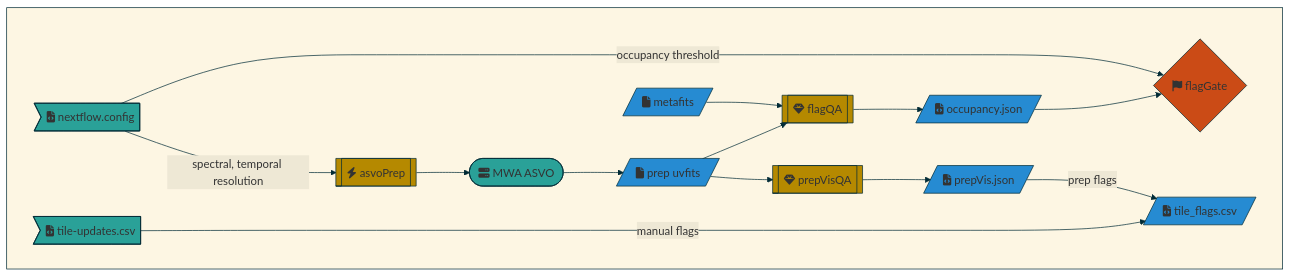
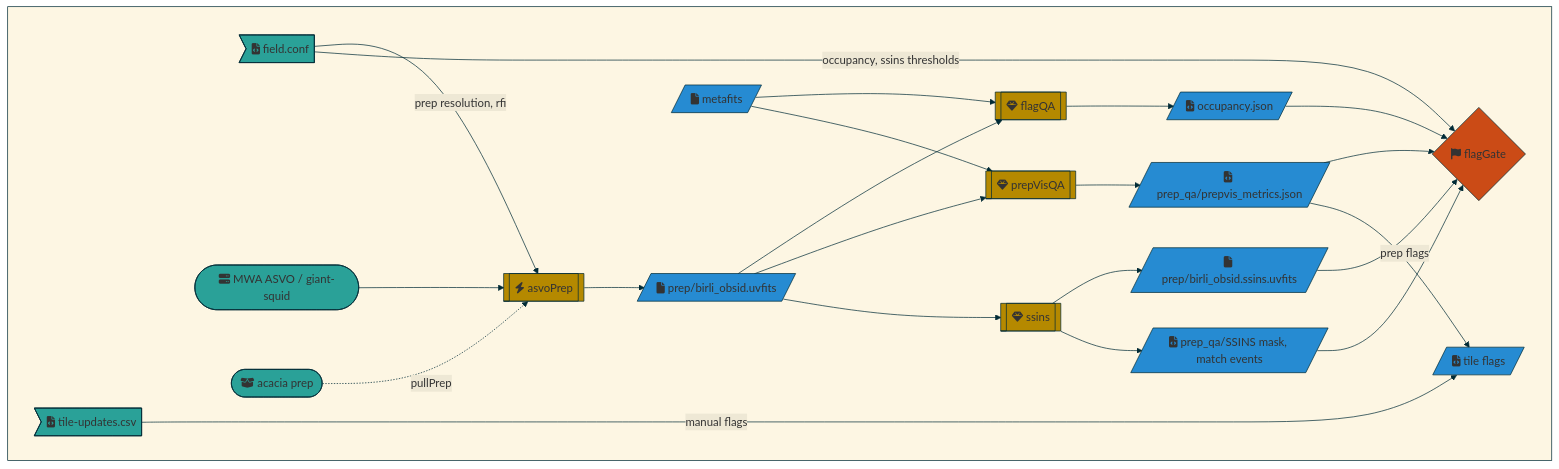
One commit to MWATelescope/MWAEoR-Pipeline changed the second of 6 diagrams in README.md. Above: the diagram before and after it, drawn with Mermaid. The commit also changed other lines of this file and 2 other files, not shown here.

````diff
--- a/README.md
+++ b/README.md
@@ -41,32 +52,38 @@
 ```mermaid
 %%{init:{'theme':'base','themeVariables':{'primaryBorderColor':'#002b36','secondaryColor':'#eee8d5','tertiaryColor':'#fdf6e3','tertiaryBorderColor':'#002b36','lineColor':'#002b36','textColor':'#002b36'}}}%%
 graph TD;
   classDef in fill:#2aa198;
   classDef out fill:#d33682;
   classDef file fill:#268bd2;
   classDef proc fill:#b58900;
   classDef decision fill:#cb4b16;
 
   subgraph " "
-    nfConfig --"spectral, temporal resolution"--> asvoPrep
-    asvoPrep --> asvo --> prepUVFits;
+    nfConfig --"prep resolution, rfi"--> asvoPrep
+    asvo --> asvoPrep --> prepUVFits;
+    acaciaPrep -."pullPrep".-> asvoPrep
     prepUVFits & metafits --> flagQA --> occupancyJson --> flagGate;
-    prepUVFits --> prepVisQA --> prepVisJson;
-    nfConfig --"occupancy threshold"-----> flagGate;
-    tileUpdates --"manual flags"-------> tile_flags;
-    prepVisJson --"prep flags"--> tile_flags;
+    prepUVFits & metafits --> prepVisQA --> prepVisJson --> flagGate;
+    prepUVFits --> ssins --> ssinsUVFits & ssinsMask --> flagGate;
+    nfConfig --"occupancy, ssins thresholds"-----> flagGate;
+    tileUpdates --"manual flags"-------> tileFlags;
+    prepVisJson --"prep flags"--> tileFlags;
 
     asvoPrep[[fa:fa-bolt asvoPrep ]]; class asvoPrep proc;
-    asvo([fa:fa-server MWA ASVO ]); class asvo in;
-    prepUVFits[/fa:fa-file prep uvfits /]; class prepUVFits file;
+    asvo(["fa:fa-server MWA ASVO / giant-squid"]); class asvo in;
+    acaciaPrep([fa:fa-box-open acacia prep ]); class acaciaPrep in;
+    prepUVFits[/"fa:fa-file prep/birli_obsid.uvfits"/]; class prepUVFits file;
     metafits[/fa:fa-file metafits /]; class metafits file;
     flagQA[[fa:fa-gem flagQA]]; class flagQA proc;
     occupancyJson[/fa:fa-file-code occupancy.json /]; class occupancyJson file;
     prepVisQA[[fa:fa-gem prepVisQA ]]; class prepVisQA proc;
-    prepVisJson[/fa:fa-file-code prepVis.json /]; class prepVisJson file;
+    prepVisJson[/"fa:fa-file-code prep_qa/prepvis_metrics.json"/]; class prepVisJson file;
+    ssins[[fa:fa-gem ssins ]]; class ssins proc;
+    ssinsUVFits[/"fa:fa-file prep/birli_obsid.ssins.uvfits"/]; class ssinsUVFits file;
+    ssinsMask[/"fa:fa-file-code prep_qa/SSINS mask, match events"/]; class ssinsMask file;
     flagGate{fa:fa-flag flagGate }; class flagGate decision;
-    nfConfig>fa:fa-file-code nextflow.config ]; class nfConfig in;
+    nfConfig>fa:fa-file-code field.conf ]; class nfConfig in;
     tileUpdates>fa:fa-file-code tile-updates.csv ]; class tileUpdates in;
-    tile_flags[/fa:fa-file-code tile_flags.csv /]; class tile_flags file;
+    tileFlags[/fa:fa-file-code tile flags /]; class tileFlags file;
   end
 ```
````
